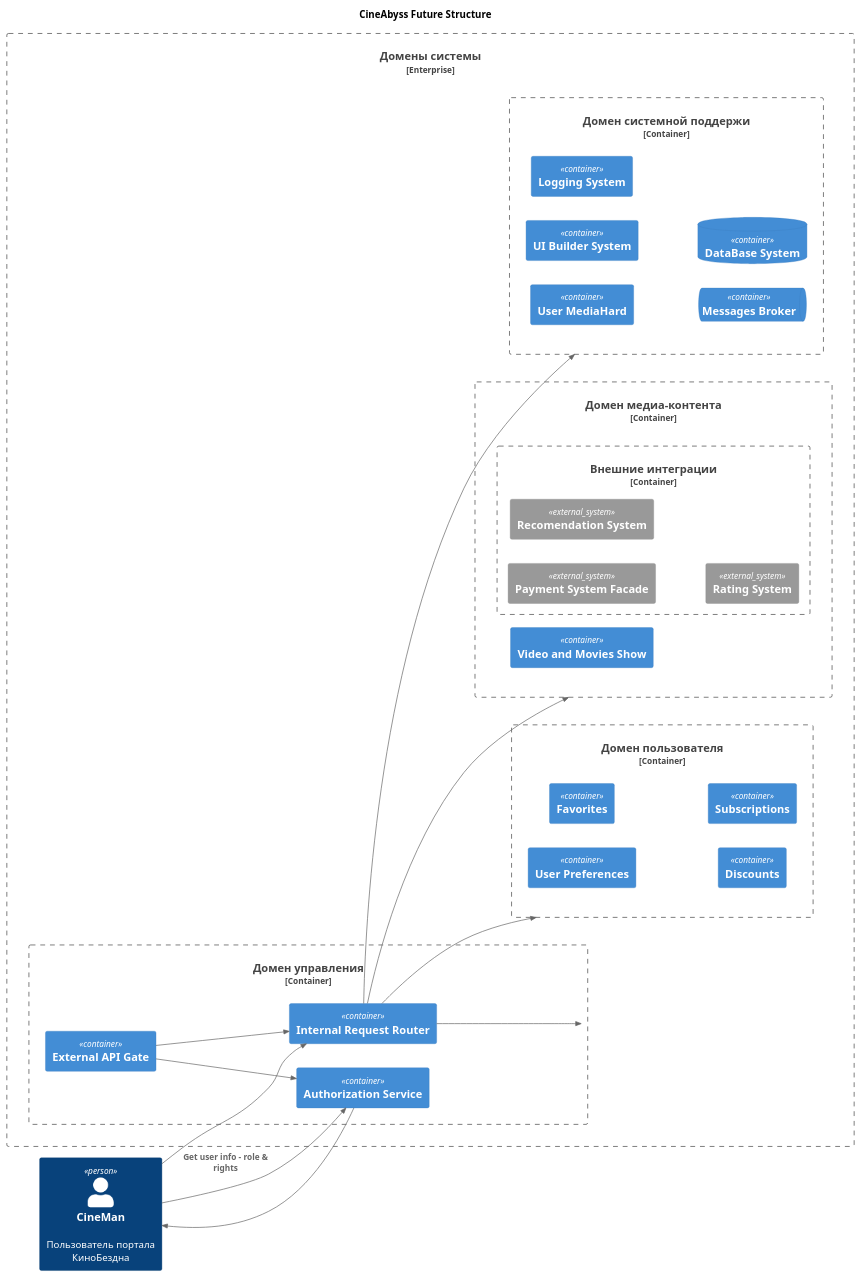
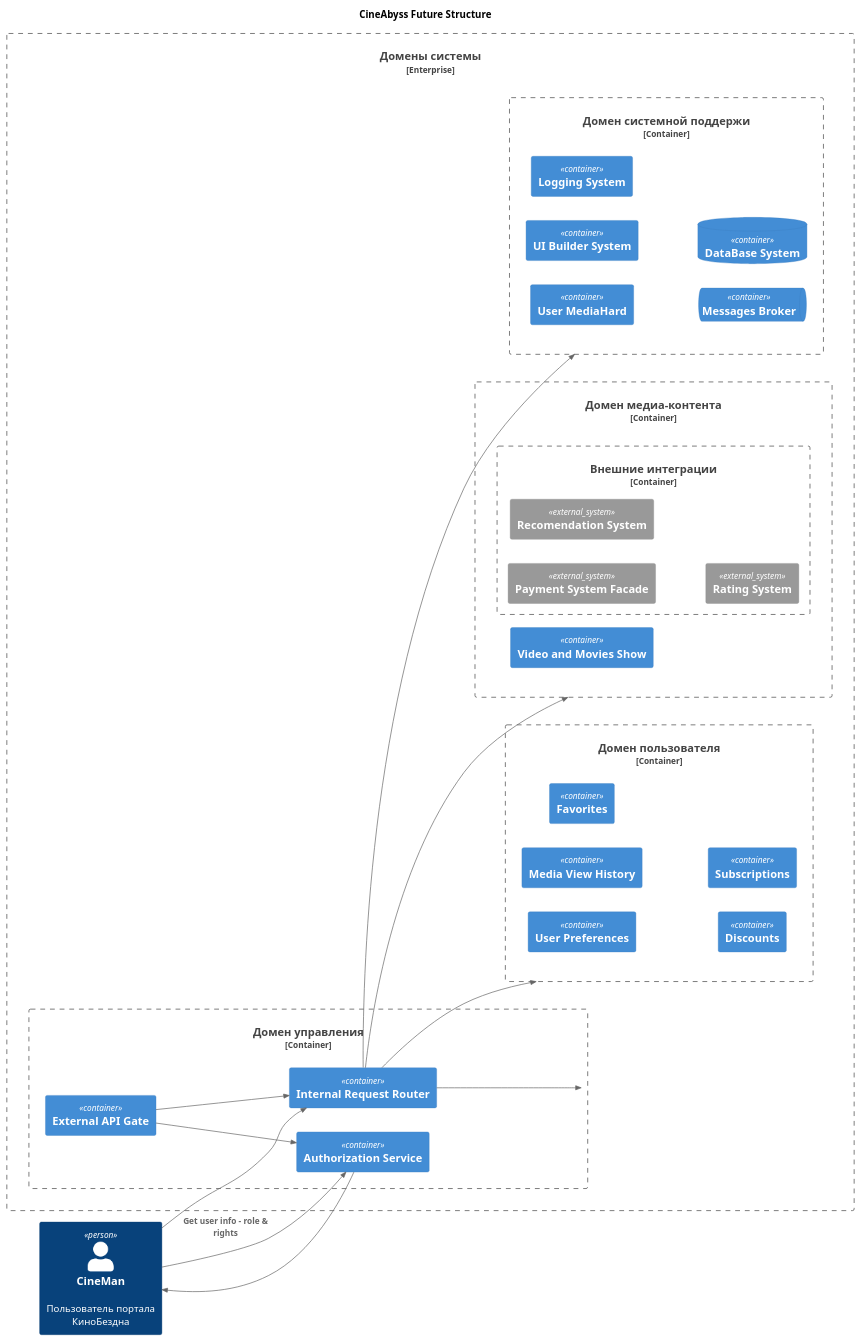
One commit to vnikiforov/YaEdu-cinemaabyss changed the diagram in doc/diagrams/containers.puml. Above: the diagram before and after it, drawn with PlantUML. The commit also changed 5 other files, not shown here.

```diff
--- a/doc/diagrams/containers.puml
+++ b/doc/diagrams/containers.puml
@@ -1,53 +1,54 @@
 @startuml
 title CineAbyss Future Structure
 
 left to right direction
 
 !includeurl lib/C4_Container.puml
 
 Person(user, "CineMan", "Пользователь портала  КиноБездна")
 
 Enterprise_Boundary(Domains, "Домены системы") {  
 
   Container_Boundary(ContolCenter, "Домен управления") {    
     Container(AuthSvc, "Authorization Service")  
     Container(GateAPI, "External API Gate")
     Container(RequestsRouter, "Internal Request Router")    
   }
 
   Container_Boundary(UserMgmnt, "Домен пользователя") {
     Container(UsrPrefs, "User Preferences")
+    Container(ViewHstry, "Media View History")
     Container(UsrFvtrs, "Favorites")
     Container(UsrDscnt, "Discounts")
     Container(UsrSubscrb, "Subscriptions")
   }
 
   Container_Boundary(MediaRegion, "Домен медиа-контента") {    
     Container(MovieSvs, "Video and Movies Show")
     Container_Boundary(ExtSystems, "Внешние интеграции") {    
       System_Ext(PmntGate, "Payment System Facade")
       System_Ext(RcmndSys, "Recomendation System")
       System_Ext(GrdSys, "Rating System")
     }
   }
 
   Container_Boundary(SysArea, "Домен системной поддержи") {    
     Container(HwSupport, "User MediaHard")
     Container(UiBuilder, "UI Builder System")
     Container(LoggingSys, "Logging System")
     ContainerQueue(QueueSvc, "Messages Broker")
     ContainerDb(DbSvc, "DataBase System")
   }
 }
 
 Rel(user, AuthSvc, "Get user info - role & rights")
 Rel(AuthSvc, user, "")
 Rel(user, RequestsRouter, "")
 Rel(GateAPI, AuthSvc, "")
 Rel(GateAPI, RequestsRouter, "")
 Rel(RequestsRouter, SysArea, "")
 Rel(RequestsRouter, ContolCenter, "")
 Rel(RequestsRouter, MediaRegion, "")
 Rel(RequestsRouter, UserMgmnt, "")
 
 @enduml
```
